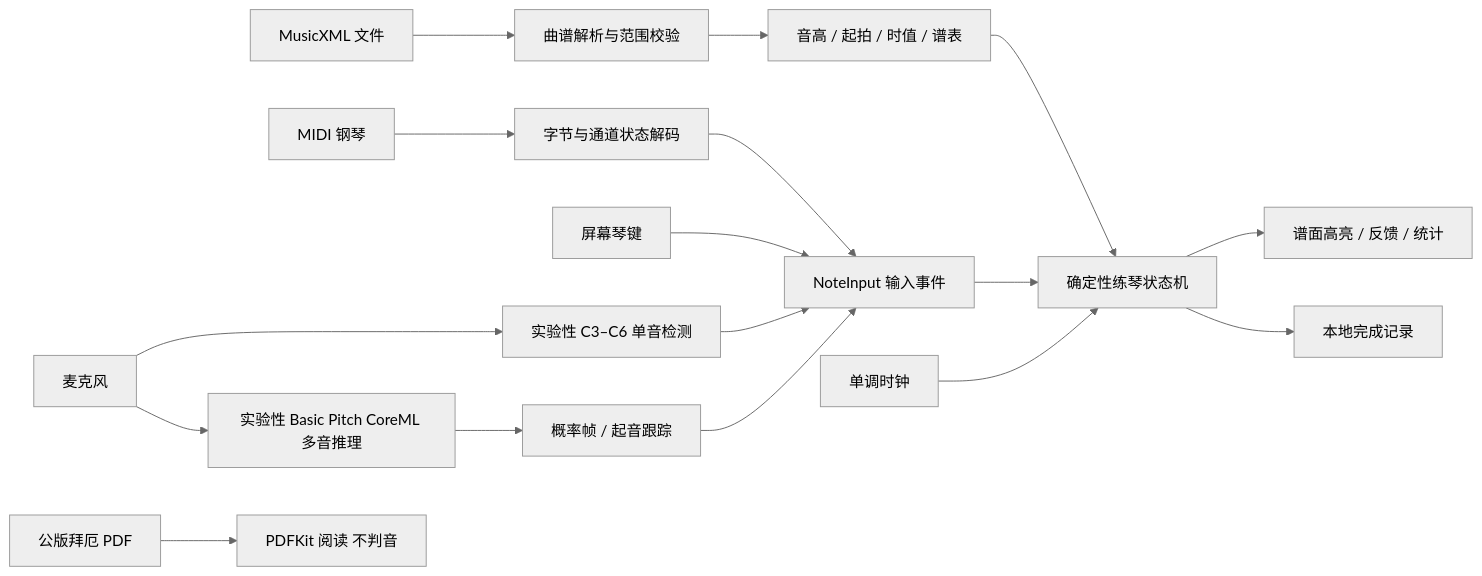
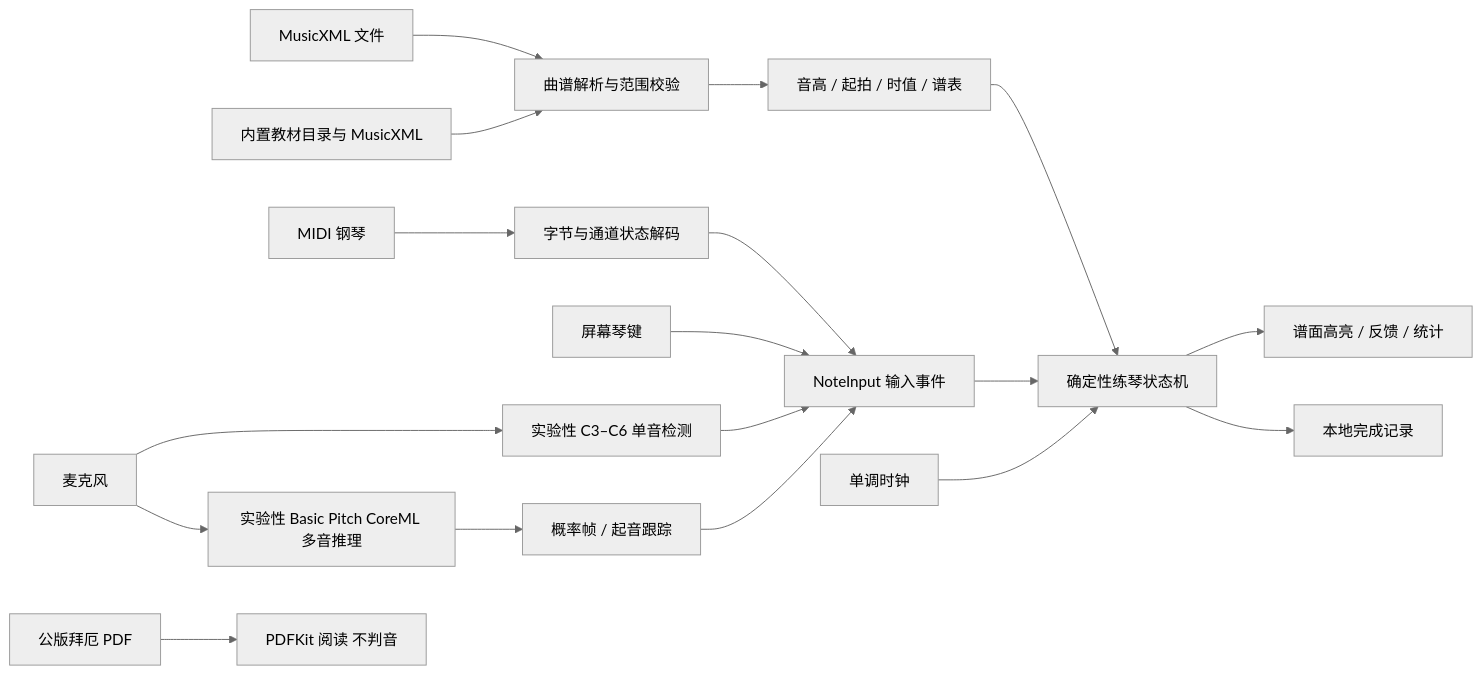
One commit to Oublie-le/qinxu changed the diagram in docs/ARCHITECTURE.md. Above: the diagram before and after it, drawn with Mermaid (neutral theme). The commit also changed other lines of this file and 94 other files, not shown here.

````diff
--- a/docs/ARCHITECTURE.md
+++ b/docs/ARCHITECTURE.md
@@ -13,19 +17,20 @@
 ```mermaid
 flowchart LR
     XML[MusicXML 文件] --> Parser[曲谱解析与范围校验]
+    Book[内置教材目录与 MusicXML] --> Parser
     Parser --> Score[音高 / 起拍 / 时值 / 谱表]
     Score --> Engine[确定性练琴状态机]
     MIDI[MIDI 钢琴] --> Decoder[字节与通道状态解码]
     Touch[屏幕琴键] --> Events[NoteInput 输入事件]
     Decoder --> Events
     Mic[麦克风] --> Pitch[实验性 C3–C6 单音检测]
     Pitch --> Events
     Mic --> Model[实验性 Basic Pitch CoreML 多音推理]
     Model --> Tracker[概率帧 / 起音跟踪]
     Tracker --> Events
     PDF[公版拜厄 PDF] --> Reader[PDFKit 阅读 不判音]
     Events --> Engine
     Clock[单调时钟] --> Engine
     Engine --> UI[谱面高亮 / 反馈 / 统计]
     Engine --> Store[本地完成记录]
 ```
````
